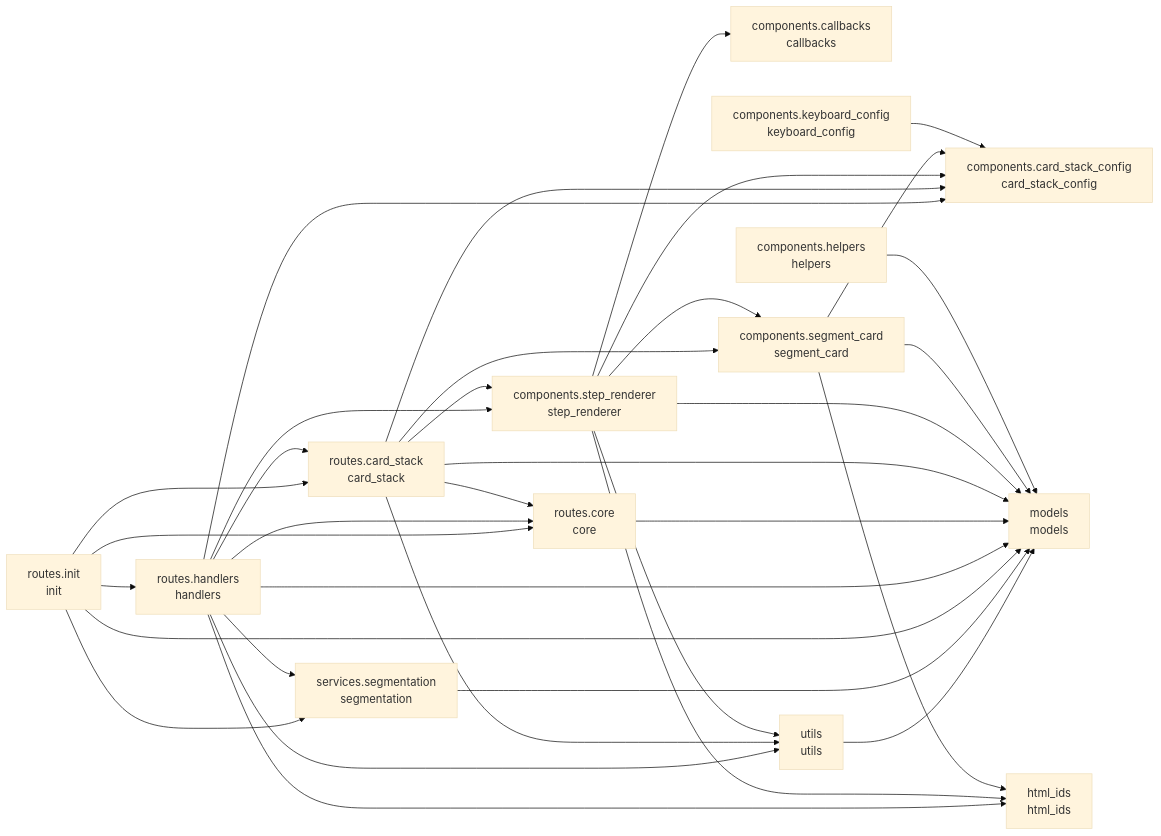
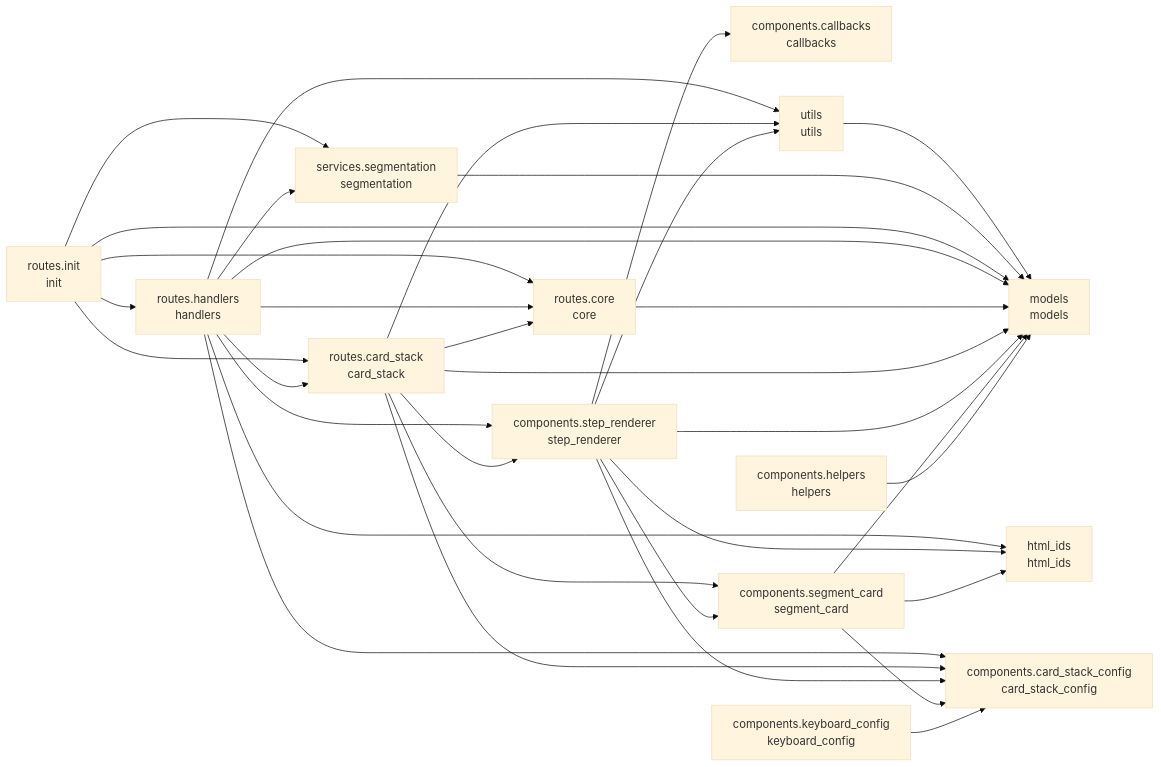
One commit to cj-mills/cjm-transcript-segmentation changed the diagram in README.md. Above: the diagram before and after it, drawn with Mermaid (base theme). The commit also changed other lines of this file and 6 other files, not shown here.

````diff
--- a/README.md
+++ b/README.md
@@ -37,51 +37,51 @@
 ``` mermaid
 graph LR
     components_callbacks[components.callbacks<br/>callbacks]
     components_card_stack_config[components.card_stack_config<br/>card_stack_config]
     components_helpers[components.helpers<br/>helpers]
     components_keyboard_config[components.keyboard_config<br/>keyboard_config]
     components_segment_card[components.segment_card<br/>segment_card]
     components_step_renderer[components.step_renderer<br/>step_renderer]
     html_ids[html_ids<br/>html_ids]
     models[models<br/>models]
     routes_card_stack[routes.card_stack<br/>card_stack]
     routes_core[routes.core<br/>core]
     routes_handlers[routes.handlers<br/>handlers]
     routes_init[routes.init<br/>init]
     services_segmentation[services.segmentation<br/>segmentation]
     utils[utils<br/>utils]
 
     components_helpers --> models
     components_keyboard_config --> components_card_stack_config
+    components_segment_card --> models
+    components_segment_card --> html_ids
     components_segment_card --> components_card_stack_config
-    components_segment_card --> html_ids
-    components_segment_card --> models
+    components_step_renderer --> models
+    components_step_renderer --> utils
+    components_step_renderer --> components_callbacks
+    components_step_renderer --> html_ids
     components_step_renderer --> components_card_stack_config
-    components_step_renderer --> html_ids
-    components_step_renderer --> utils
     components_step_renderer --> components_segment_card
-    components_step_renderer --> models
-    components_step_renderer --> components_callbacks
+    routes_card_stack --> utils
     routes_card_stack --> routes_core
-    routes_card_stack --> utils
-    routes_card_stack --> components_segment_card
     routes_card_stack --> components_card_stack_config
     routes_card_stack --> models
     routes_card_stack --> components_step_renderer
+    routes_card_stack --> components_segment_card
     routes_core --> models
+    routes_handlers --> models
+    routes_handlers --> routes_core
+    routes_handlers --> utils
+    routes_handlers --> html_ids
+    routes_handlers --> services_segmentation
+    routes_handlers --> components_step_renderer
+    routes_handlers --> routes_card_stack
     routes_handlers --> components_card_stack_config
-    routes_handlers --> services_segmentation
-    routes_handlers --> html_ids
-    routes_handlers --> routes_core
-    routes_handlers --> components_step_renderer
-    routes_handlers --> utils
-    routes_handlers --> routes_card_stack
-    routes_handlers --> models
+    routes_init --> routes_core
     routes_init --> routes_handlers
+    routes_init --> models
+    routes_init --> routes_card_stack
     routes_init --> services_segmentation
-    routes_init --> routes_card_stack
-    routes_init --> routes_core
-    routes_init --> models
     services_segmentation --> models
     utils --> models
 ```
````
